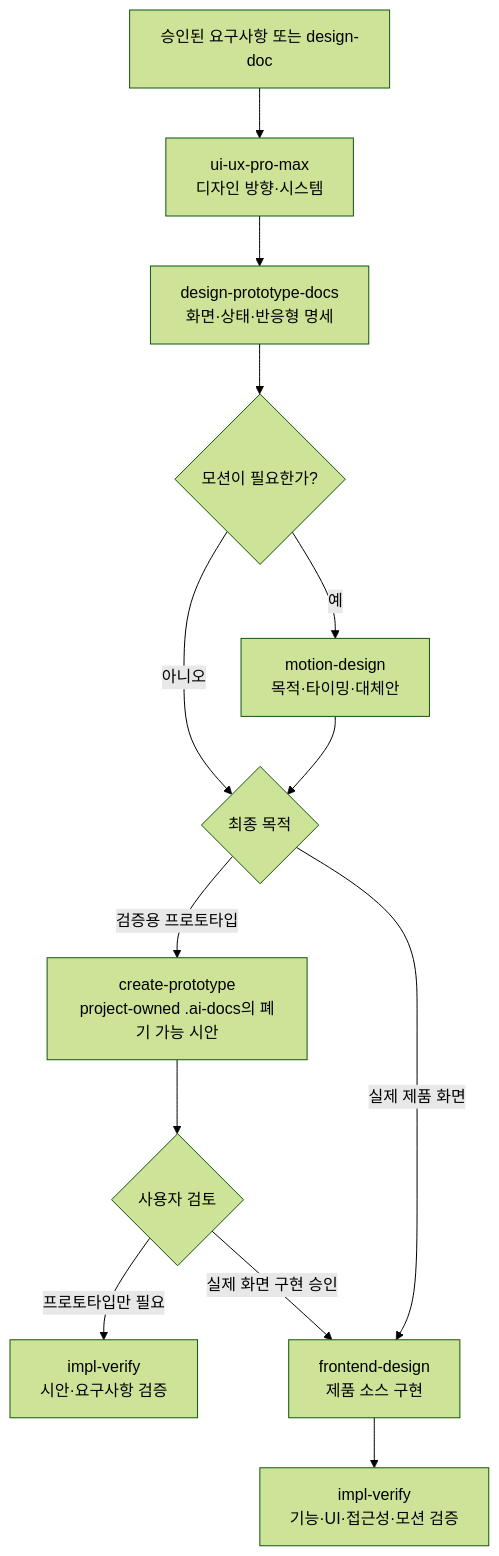
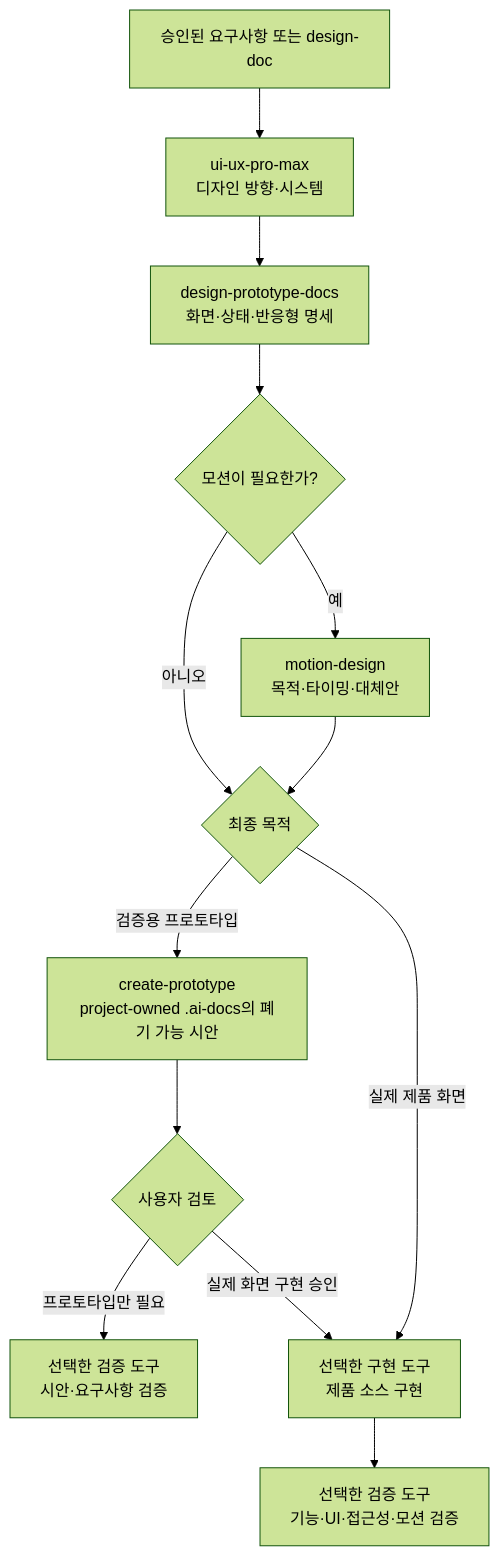
The second of 2 diagrams in README.md (hb9397/ai-agent-harness-docs), drawn with Mermaid (forest theme) before and after one commit. The commit also changed other lines of this file and 114 other files, not shown here.

````diff
--- a/README.md
+++ b/README.md
@@ -321,17 +332,17 @@
 ```mermaid
 flowchart TD
     R["승인된 요구사항 또는 design-doc"] --> U["ui-ux-pro-max<br/>디자인 방향·시스템"]
     U --> S["design-prototype-docs<br/>화면·상태·반응형 명세"]
     S --> M{"모션이 필요한가?"}
     M -->|"예"| MD["motion-design<br/>목적·타이밍·대체안"]
     M -->|"아니오"| B{"최종 목적"}
     MD --> B
 
     B -->|"검증용 프로토타입"| P["create-prototype<br/>project-owned .ai-docs의 폐기 가능 시안"]
     P --> A{"사용자 검토"}
-    A -->|"프로토타입만 필요"| PV["impl-verify<br/>시안·요구사항 검증"]
-    A -->|"실제 화면 구현 승인"| F["frontend-design<br/>제품 소스 구현"]
+    A -->|"프로토타입만 필요"| PV["선택한 검증 도구<br/>시안·요구사항 검증"]
+    A -->|"실제 화면 구현 승인"| F["선택한 구현 도구<br/>제품 소스 구현"]
 
     B -->|"실제 제품 화면"| F
-    F --> V["impl-verify<br/>기능·UI·접근성·모션 검증"]
+    F --> V["선택한 검증 도구<br/>기능·UI·접근성·모션 검증"]
 ```
````
